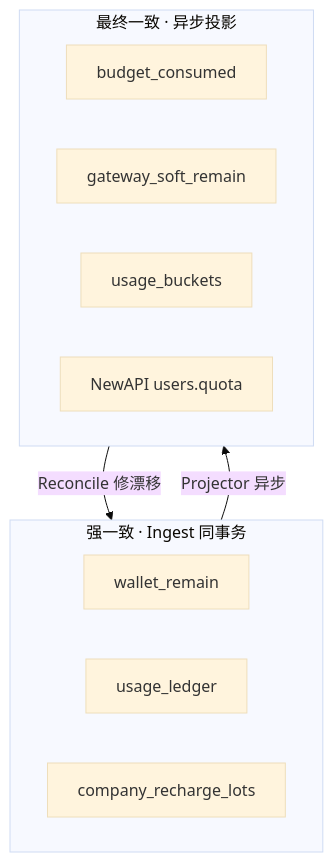
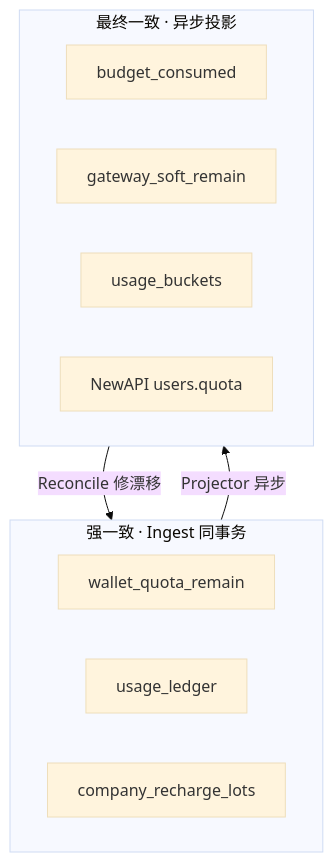
Diagram 11 of 15 in docs/reviews/架构分析-Token计费与钱包体系.md (quyip8818/mytokenjoy), drawn with Mermaid (base theme) before and after one commit. The commit also changed other lines of this file and 43 other files, not shown here.

Commit message:
rename wallet_remain → wallet_quota_remain

````diff
--- a/docs/reviews/架构分析-Token计费与钱包体系.md
+++ b/docs/reviews/架构分析-Token计费与钱包体系.md
@@ -432,18 +432,18 @@
 ```mermaid
 flowchart TB
   subgraph strong [强一致 · Ingest 同事务]
-    WAL[wallet_remain]
+    WAL[wallet_quota_remain]
     LED[usage_ledger]
     LOTS[company_recharge_lots]
   end
 
   subgraph eventual [最终一致 · 异步投影]
     BC[budget_consumed]
     GS[gateway_soft_remain]
     UB[usage_buckets]
     NAPI[NewAPI users.quota]
   end
 
   strong -->|Projector 异步| eventual
   eventual -->|Reconcile 修漂移| strong
 ```
````
